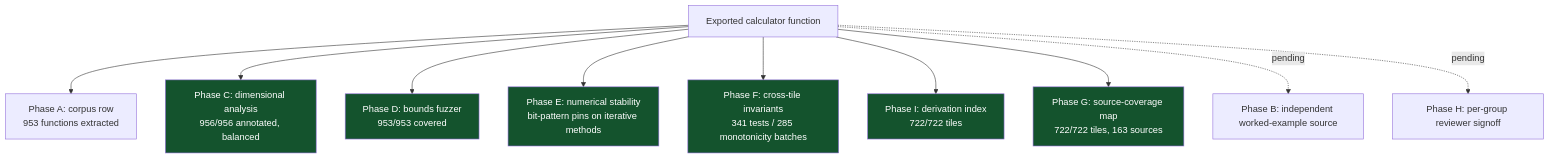
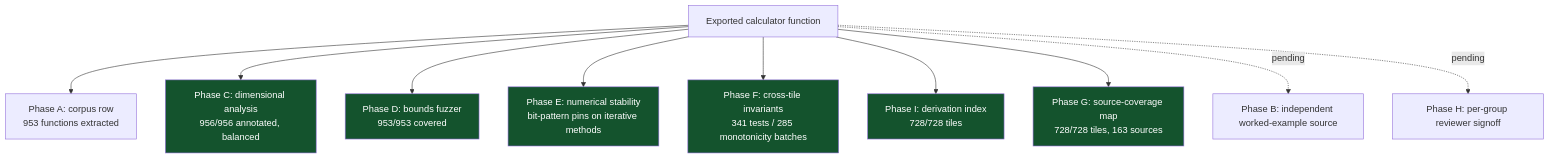
One commit to clay-good/roughlogic.com changed the sixth of 8 diagrams in README.md. Above: the diagram before and after it, drawn with Mermaid. The commit also changed other lines of this file and 25 other files, not shown here.

````diff
--- a/README.md
+++ b/README.md
@@ -519,18 +519,18 @@
 ```mermaid
 flowchart TB
     F[Exported calculator function] --> A[Phase A: corpus row\n953 functions extracted]
     F --> C[Phase C: dimensional analysis\n956/956 annotated, balanced]
     F --> D[Phase D: bounds fuzzer\n953/953 covered]
     F --> E[Phase E: numerical stability\nbit-pattern pins on iterative methods]
     F --> Fa[Phase F: cross-tile invariants\n341 tests / 285 monotonicity batches]
-    F --> I[Phase I: derivation index\n722/722 tiles]
-    F --> G[Phase G: source-coverage map\n722/722 tiles, 163 sources]
+    F --> I[Phase I: derivation index\n728/728 tiles]
+    F --> G[Phase G: source-coverage map\n728/728 tiles, 163 sources]
     F -.pending.-> B[Phase B: independent worked-example source]
     F -.pending.-> H[Phase H: per-group reviewer signoff]
     style C fill:#14532d,color:#fff
     style D fill:#14532d,color:#fff
     style E fill:#14532d,color:#fff
     style Fa fill:#14532d,color:#fff
     style G fill:#14532d,color:#fff
     style I fill:#14532d,color:#fff
 ```
````
